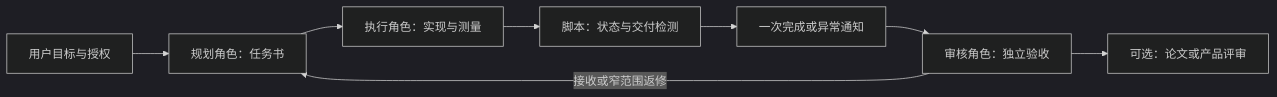
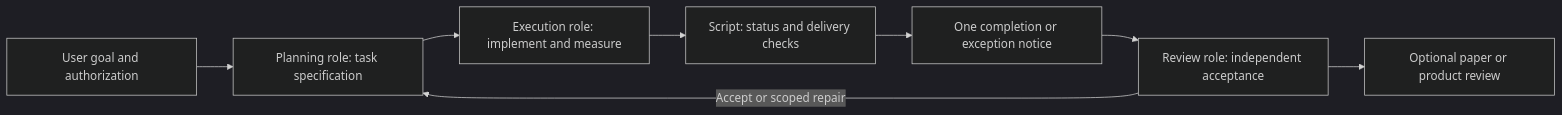
Before and after one commit to cgy0071/agent-workflow-orchestrator: the diagram in README.md, drawn with Mermaid (dark theme). The commit also changed other lines of this file and 14 other files, not shown here.

````diff
--- a/README.md
+++ b/README.md
@@ -28,10 +31,10 @@
 ```mermaid
 flowchart LR
-    U[用户目标与授权] --> P[规划角色：任务书]
-    P --> E[执行角色：实现与测量]
-    E --> M[脚本：状态与交付检测]
-    M --> N[一次完成或异常通知]
-    N --> R[审核角色：独立验收]
-    R -->|接收或窄范围返修| P
-    R --> L[可选：论文或产品评审]
+    U[User goal and authorization] --> P[Planning role: task specification]
+    P --> E[Execution role: implement and measure]
+    E --> M[Script: status and delivery checks]
+    M --> N[One completion or exception notice]
+    N --> R[Review role: independent acceptance]
+    R -->|Accept or scoped repair| P
+    R --> L[Optional paper or product review]
 ```
````
